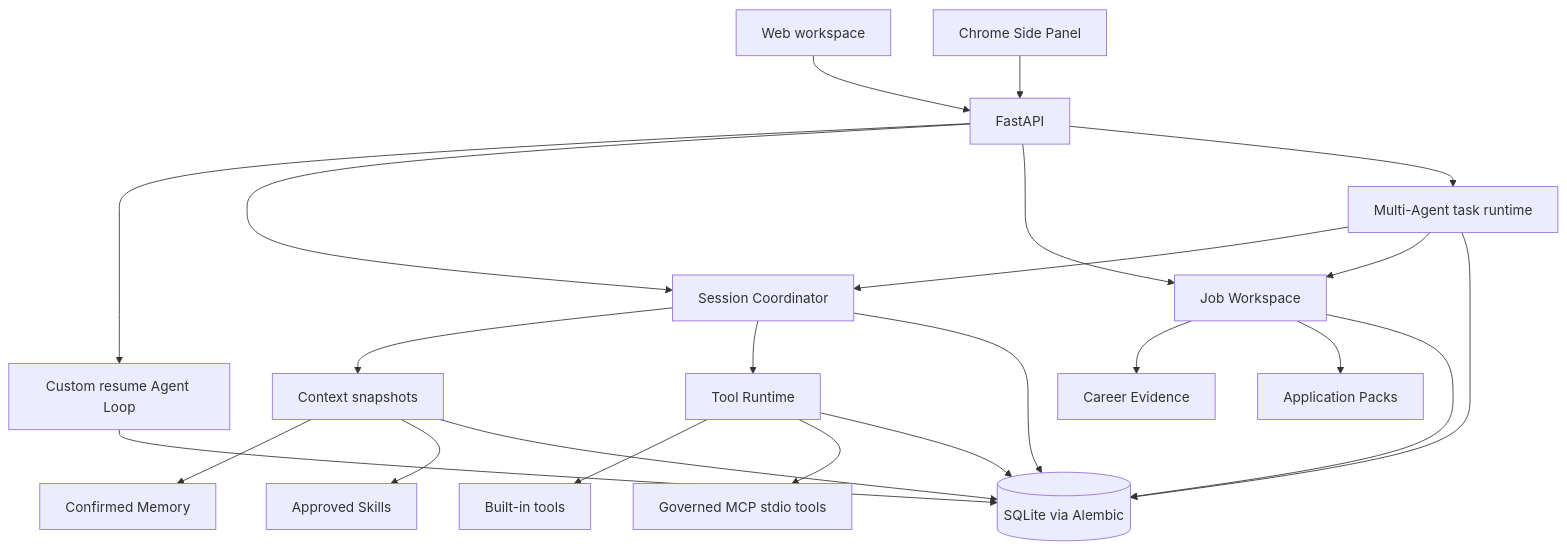
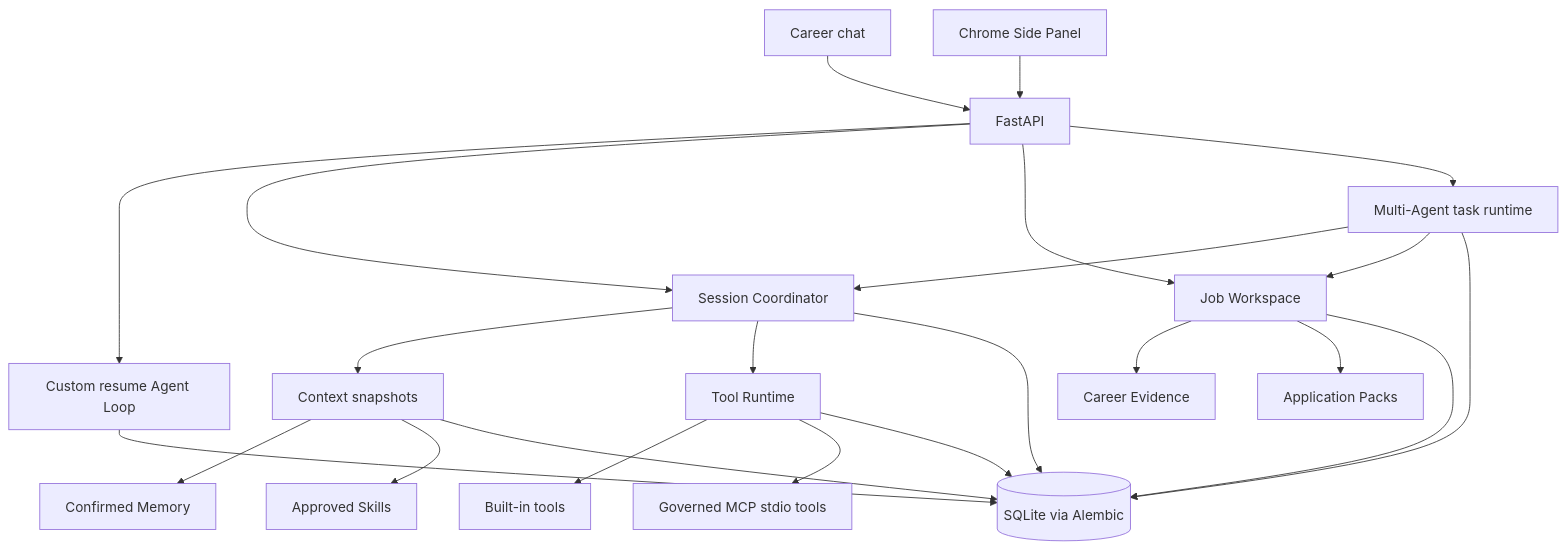
The second of 4 diagrams in README.md (ethany14/Eregion-Agent), drawn with Mermaid before and after one commit. The commit also changed other lines of this file and 118 other files, not shown here.

````diff
--- a/README.md
+++ b/README.md
@@ -235,28 +265,28 @@
 ```mermaid
 flowchart TB
-    WEB[Web workspace] --> API[FastAPI]
+    WEB[Career chat] --> API[FastAPI]
     EXT[Chrome Side Panel] --> API
 
     API --> RUNS[Custom resume Agent Loop]
     API --> SESSIONS[Session Coordinator]
     API --> WORKSPACE[Job Workspace]
     API --> MULTI[Multi-Agent task runtime]
 
     SESSIONS --> CONTEXT[Context snapshots]
     SESSIONS --> TOOLS[Tool Runtime]
     MULTI --> SESSIONS
     MULTI --> WORKSPACE
     CONTEXT --> MEMORY[Confirmed Memory]
     CONTEXT --> SKILLS[Approved Skills]
     TOOLS --> BUILTIN[Built-in tools]
     TOOLS --> MCP[Governed MCP stdio tools]
     WORKSPACE --> EVIDENCE[Career Evidence]
     WORKSPACE --> PACKS[Application Packs]
 
     RUNS --> DB[(SQLite via Alembic)]
     SESSIONS --> DB
     MULTI --> DB
     WORKSPACE --> DB
     CONTEXT --> DB
     TOOLS --> DB
 ```
````
